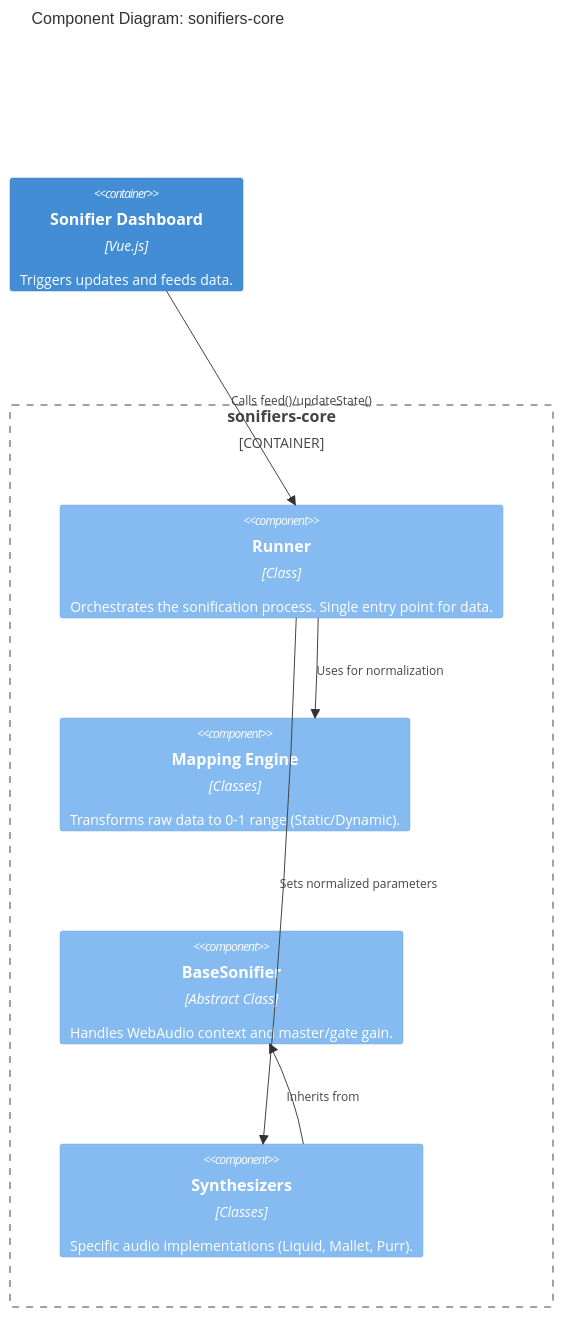
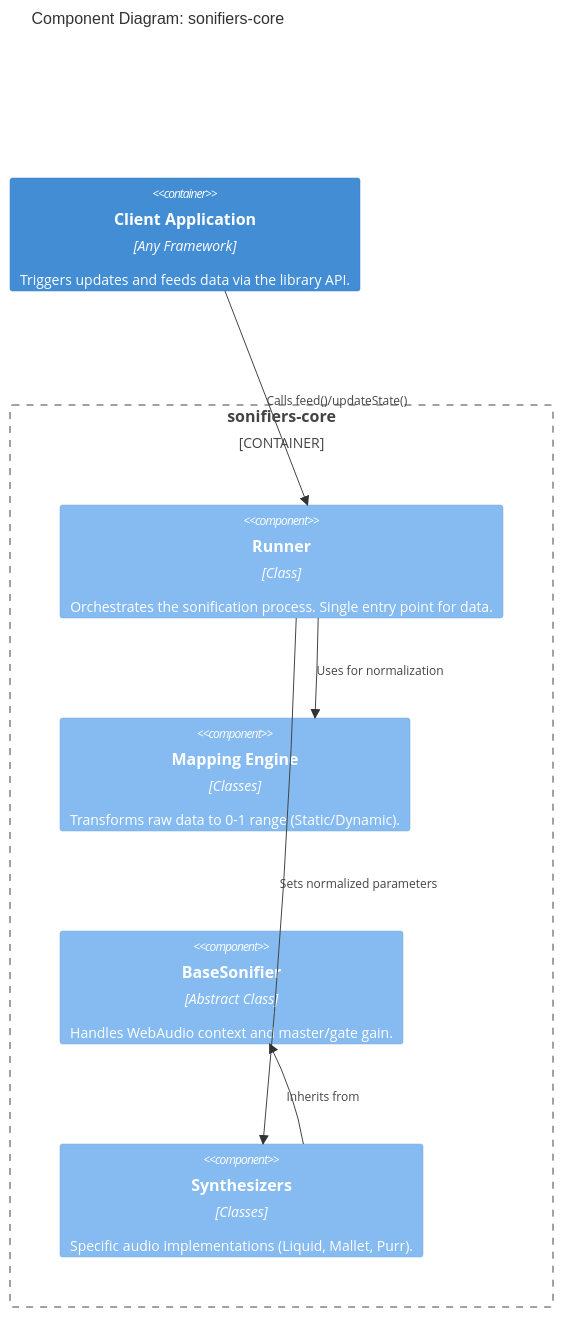
Before and after one commit to grahamsw/sonifier-web: the third of 3 diagrams in ARCHITECTURE.md, drawn with Mermaid. The commit also changed other lines of this file and 7 other files, not shown here.

Commit message:
docs: clarify library vs demo app boundaries in architecture and readme

````diff
--- a/ARCHITECTURE.md
+++ b/ARCHITECTURE.md
@@ -48,18 +50,18 @@
 ```mermaid
 C4Component
     title Component Diagram: sonifiers-core
 
-    Container(sonifierApp, "Sonifier Dashboard", "Vue.js", "Triggers updates and feeds data.")
+    Container(clientApp, "Client Application", "Any Framework", "Triggers updates and feeds data via the library API.")
 
     Container_Boundary(library, "sonifiers-core") {
         Component(runner, "Runner", "Class", "Orchestrates the sonification process. Single entry point for data.")
         Component(mapping, "Mapping Engine", "Classes", "Transforms raw data to 0-1 range (Static/Dynamic).")
         Component(sonifierBase, "BaseSonifier", "Abstract Class", "Handles WebAudio context and master/gate gain.")
         Component(synths, "Synthesizers", "Classes", "Specific audio implementations (Liquid, Mallet, Purr).")
     }
 
-    Rel(sonifierApp, runner, "Calls feed()/updateState()")
+    Rel(clientApp, runner, "Calls feed()/updateState()")
     Rel(runner, mapping, "Uses for normalization")
     Rel(runner, synths, "Sets normalized parameters")
     Rel(synths, sonifierBase, "Inherits from")
 ```
````
